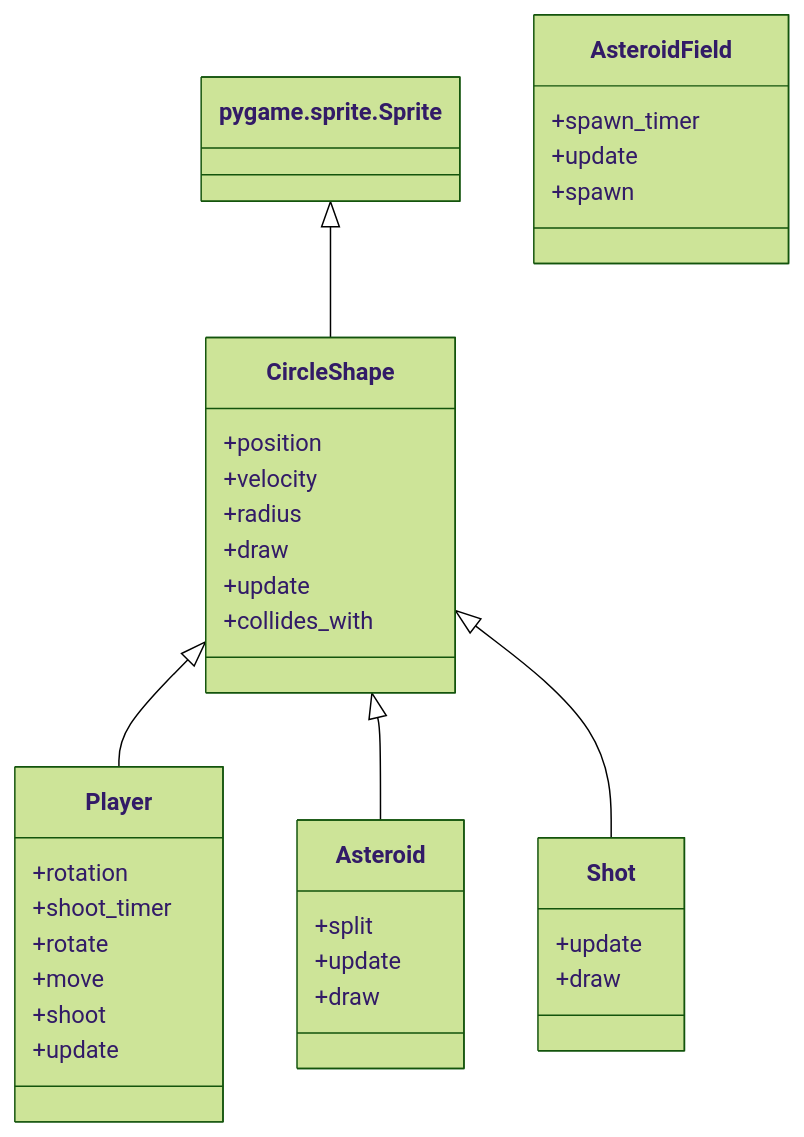
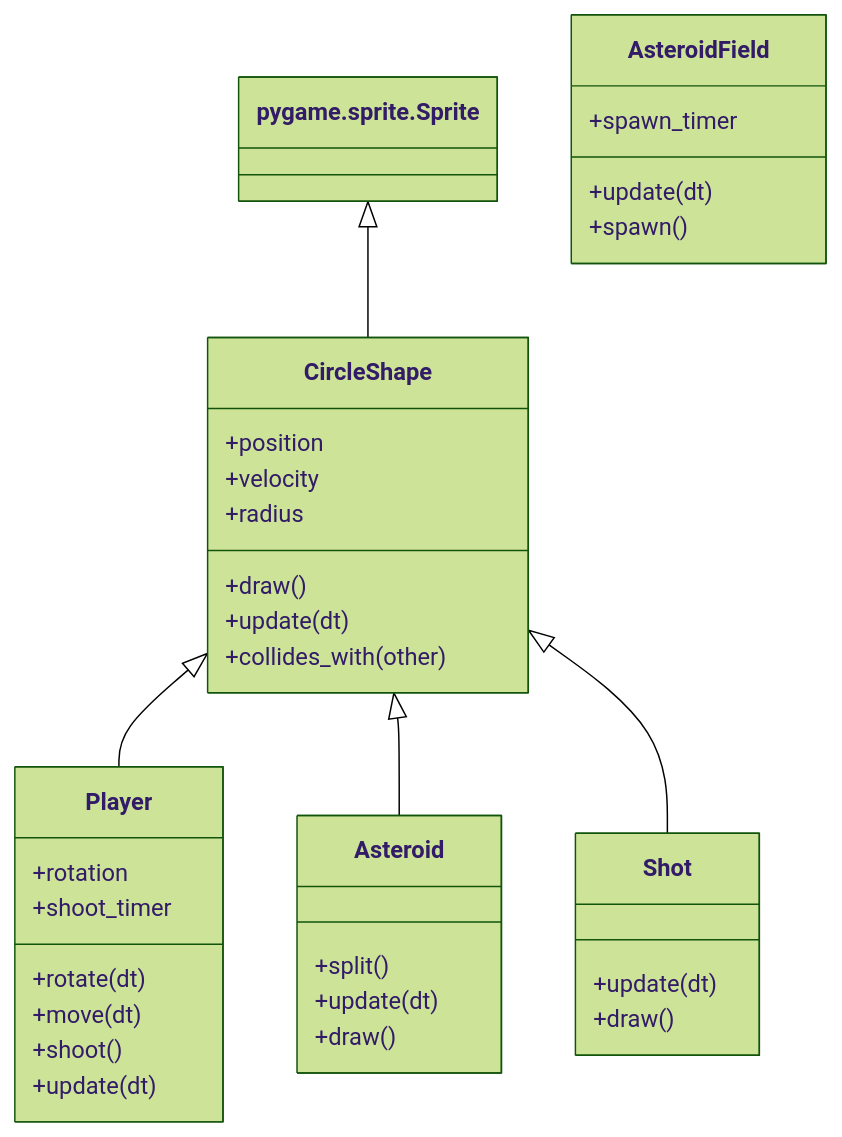
One commit to alistergeo-cloud/Asteriod changed the first of 2 diagrams in README.md. Above: the diagram before and after it, drawn with Mermaid (forest theme). The commit also changed other lines of this file, not shown here.

Commit message:
readme update flow

````diff
--- a/README.md
+++ b/README.md
@@ -88,44 +88,44 @@
 ```mermaid
 classDiagram
     class pygame.sprite.Sprite
 
     class CircleShape {
         +position
         +velocity
         +radius
-        +draw
-        +update
-        +collides_with
+        +draw()
+        +update(dt)
+        +collides_with(other)
     }
 
     class Player {
         +rotation
         +shoot_timer
-        +rotate
-        +move
-        +shoot
-        +update
+        +rotate(dt)
+        +move(dt)
+        +shoot()
+        +update(dt)
     }
 
     class Asteroid {
-        +split
-        +update
-        +draw
+        +split()
+        +update(dt)
+        +draw()
     }
 
     class Shot {
-        +update
-        +draw
+        +update(dt)
+        +draw()
     }
 
     class AsteroidField {
         +spawn_timer
-        +update
-        +spawn
+        +update(dt)
+        +spawn()
     }
 
     pygame.sprite.Sprite <|-- CircleShape
     CircleShape <|-- Player
     CircleShape <|-- Asteroid
     CircleShape <|-- Shot
 ```
````
